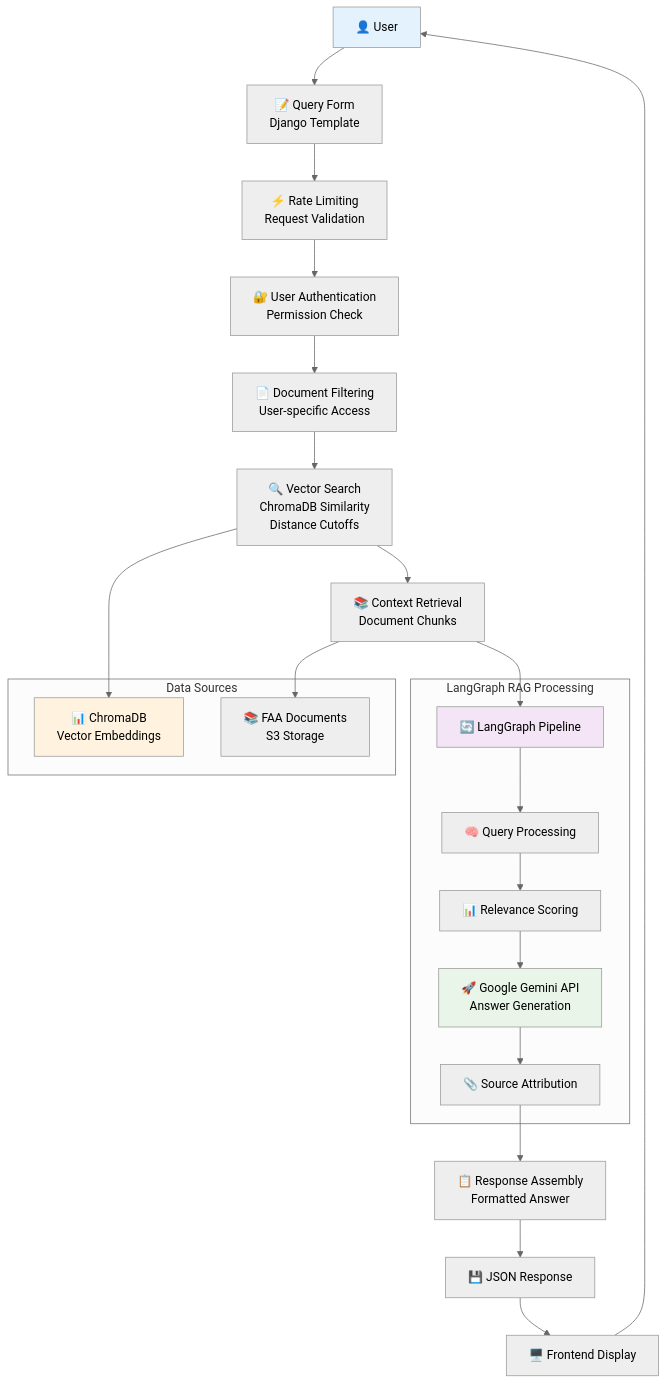
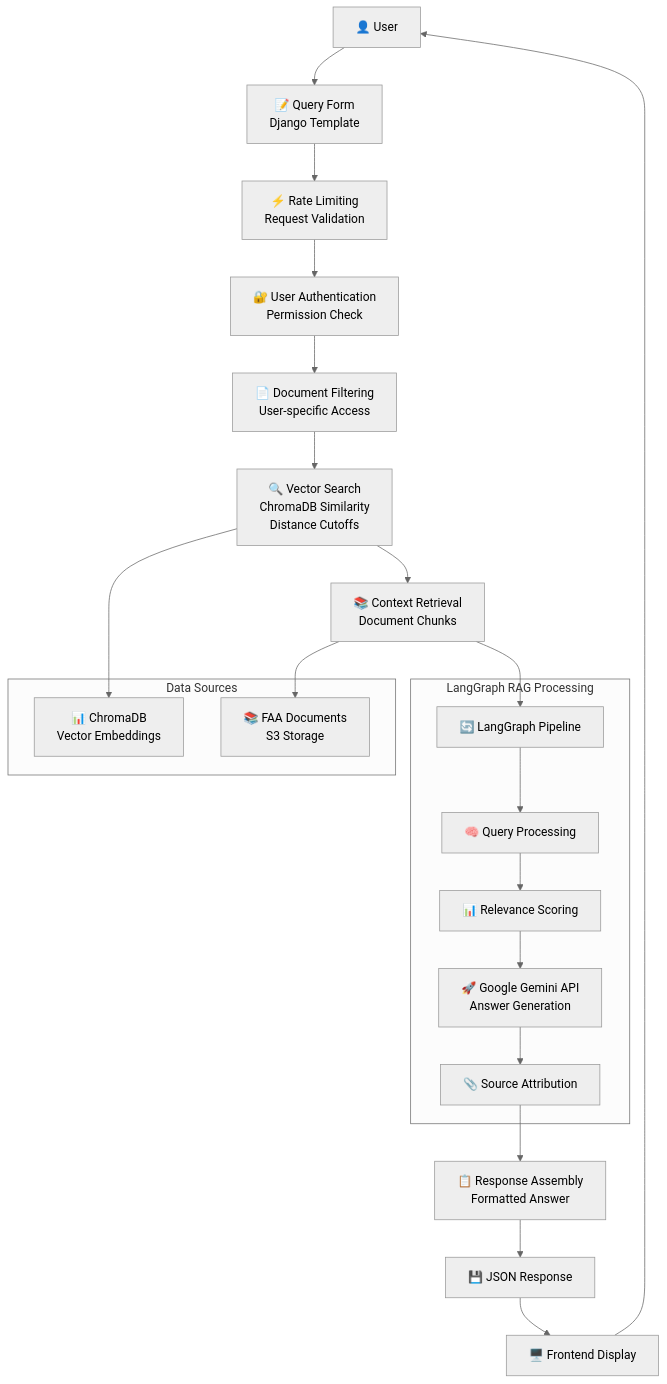
One commit to beirern/Personal-Website changed the fourth of 5 diagrams in src/content/posts/aviation-docs-project.md. Above: the diagram before and after it, drawn with Mermaid (neutral theme). The commit also changed other lines of this file and 1 other file, not shown here.

Commit message:
Remove old project and fix diagram contrast

````diff
--- a/src/content/posts/aviation-docs-project.md
+++ b/src/content/posts/aviation-docs-project.md
@@ -176,37 +161,33 @@
 ```mermaid
 graph TD
     User["👤 User"] --> QueryForm["📝 Query Form<br/>Django Template"]
     QueryForm --> RateLimit["⚡ Rate Limiting<br/>Request Validation"]
     RateLimit --> Auth["🔐 User Authentication<br/>Permission Check"]
     Auth --> DocFilter["📄 Document Filtering<br/>User-specific Access"]
 
     DocFilter --> VectorSearch["🔍 Vector Search<br/>ChromaDB Similarity<br/>Distance Cutoffs"]
     VectorSearch --> ContextRetrieval["📚 Context Retrieval<br/>Document Chunks"]
 
     ContextRetrieval --> LangGraph["🔄 LangGraph Pipeline"]
 
     subgraph "LangGraph RAG Processing"
         LangGraph --> QueryProcess["🧠 Query Processing"]
         QueryProcess --> RelevanceScore["📊 Relevance Scoring"]
         RelevanceScore --> GeminiAPI["🚀 Google Gemini API<br/>Answer Generation"]
         GeminiAPI --> SourceAttrib["📎 Source Attribution"]
     end
 
     SourceAttrib --> ResponseAssembly["📋 Response Assembly<br/>Formatted Answer"]
     ResponseAssembly --> JSONResponse["💾 JSON Response"]
     JSONResponse --> Frontend["🖥️ Frontend Display"]
     Frontend --> User
 
     subgraph "Data Sources"
         ChromaDB["📊 ChromaDB<br/>Vector Embeddings"]
         Documents["📚 FAA Documents<br/>S3 Storage"]
     end
 
     VectorSearch --> ChromaDB
     ContextRetrieval --> Documents
 
-    style User fill:#e3f2fd
-    style LangGraph fill:#f3e5f5
-    style GeminiAPI fill:#e8f5e8
-    style ChromaDB fill:#fff3e0
 ```
````
